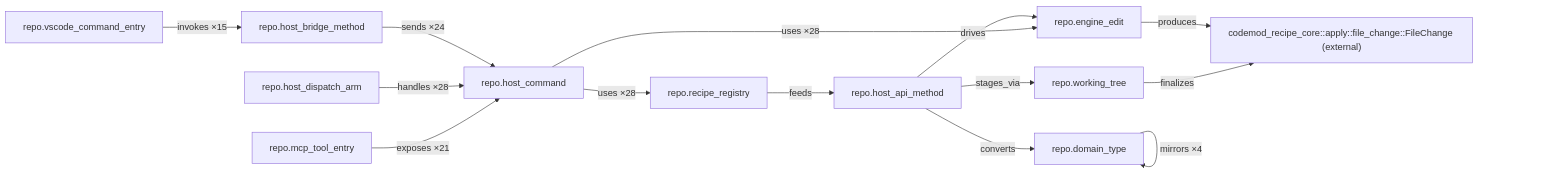
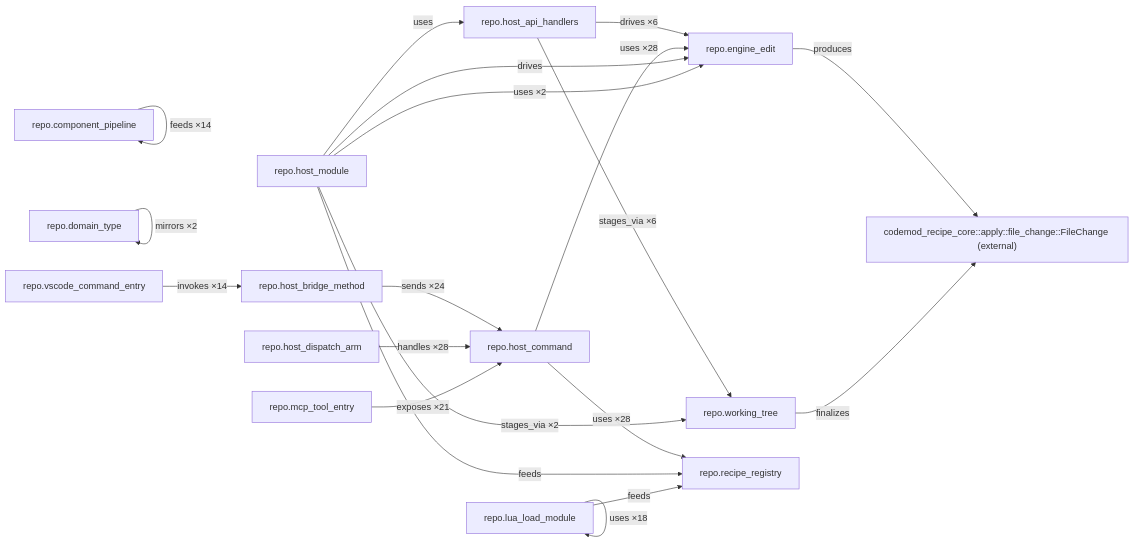
Before and after one commit to c4rl2s0n/CodemodRecipe: the diagram in docs/develop/05_dogfood/_kinds.mmd, drawn with Mermaid. The commit also changed 87 other files, not shown here.

```diff
--- a/docs/develop/05_dogfood/_kinds.mmd
+++ b/docs/develop/05_dogfood/_kinds.mmd
@@ -1,14 +1,20 @@
 graph LR
-  repo_domain_type["repo.domain_type"] -- "mirrors ×4" --> repo_domain_type["repo.domain_type"]
+  repo_component_pipeline["repo.component_pipeline"] -- "feeds ×14" --> repo_component_pipeline["repo.component_pipeline"]
+  repo_domain_type["repo.domain_type"] -- "mirrors ×2" --> repo_domain_type["repo.domain_type"]
   repo_engine_edit["repo.engine_edit"] -- "produces" --> codemod_recipe_core__apply__file_change__FileChange["codemod_recipe_core::apply::file_change::FileChange (external)"]
-  repo_host_api_method["repo.host_api_method"] -- "converts" --> repo_domain_type["repo.domain_type"]
-  repo_host_api_method["repo.host_api_method"] -- "drives" --> repo_engine_edit["repo.engine_edit"]
-  repo_host_api_method["repo.host_api_method"] -- "stages_via" --> repo_working_tree["repo.working_tree"]
+  repo_host_api_handlers["repo.host_api_handlers"] -- "drives ×6" --> repo_engine_edit["repo.engine_edit"]
+  repo_host_api_handlers["repo.host_api_handlers"] -- "stages_via ×6" --> repo_working_tree["repo.working_tree"]
   repo_host_bridge_method["repo.host_bridge_method"] -- "sends ×24" --> repo_host_command["repo.host_command"]
   repo_host_command["repo.host_command"] -- "uses ×28" --> repo_engine_edit["repo.engine_edit"]
   repo_host_command["repo.host_command"] -- "uses ×28" --> repo_recipe_registry["repo.recipe_registry"]
   repo_host_dispatch_arm["repo.host_dispatch_arm"] -- "handles ×28" --> repo_host_command["repo.host_command"]
+  repo_host_module["repo.host_module"] -- "drives" --> repo_engine_edit["repo.engine_edit"]
+  repo_host_module["repo.host_module"] -- "feeds" --> repo_recipe_registry["repo.recipe_registry"]
+  repo_host_module["repo.host_module"] -- "stages_via ×2" --> repo_working_tree["repo.working_tree"]
+  repo_host_module["repo.host_module"] -- "uses ×2" --> repo_engine_edit["repo.engine_edit"]
+  repo_host_module["repo.host_module"] -- "uses" --> repo_host_api_handlers["repo.host_api_handlers"]
+  repo_lua_load_module["repo.lua_load_module"] -- "feeds" --> repo_recipe_registry["repo.recipe_registry"]
+  repo_lua_load_module["repo.lua_load_module"] -- "uses ×18" --> repo_lua_load_module["repo.lua_load_module"]
   repo_mcp_tool_entry["repo.mcp_tool_entry"] -- "exposes ×21" --> repo_host_command["repo.host_command"]
-  repo_recipe_registry["repo.recipe_registry"] -- "feeds" --> repo_host_api_method["repo.host_api_method"]
-  repo_vscode_command_entry["repo.vscode_command_entry"] -- "invokes ×15" --> repo_host_bridge_method["repo.host_bridge_method"]
+  repo_vscode_command_entry["repo.vscode_command_entry"] -- "invokes ×14" --> repo_host_bridge_method["repo.host_bridge_method"]
   repo_working_tree["repo.working_tree"] -- "finalizes" --> codemod_recipe_core__apply__file_change__FileChange["codemod_recipe_core::apply::file_change::FileChange (external)"]
```
